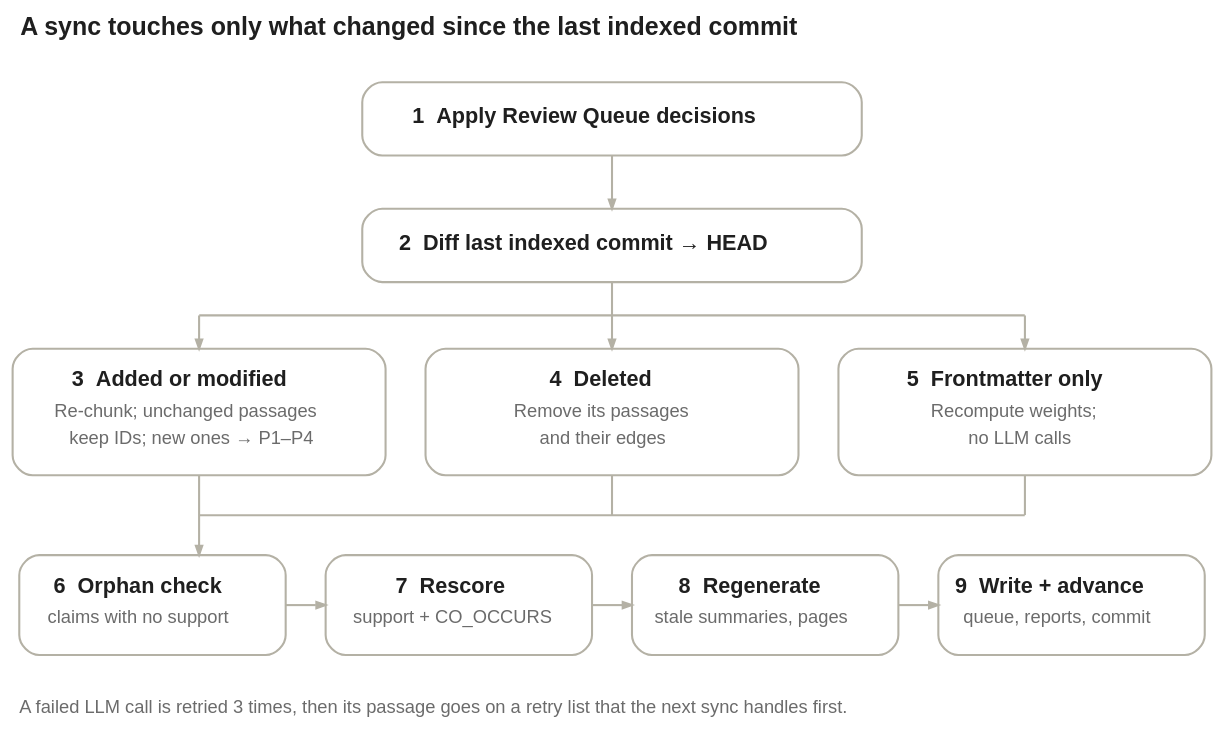
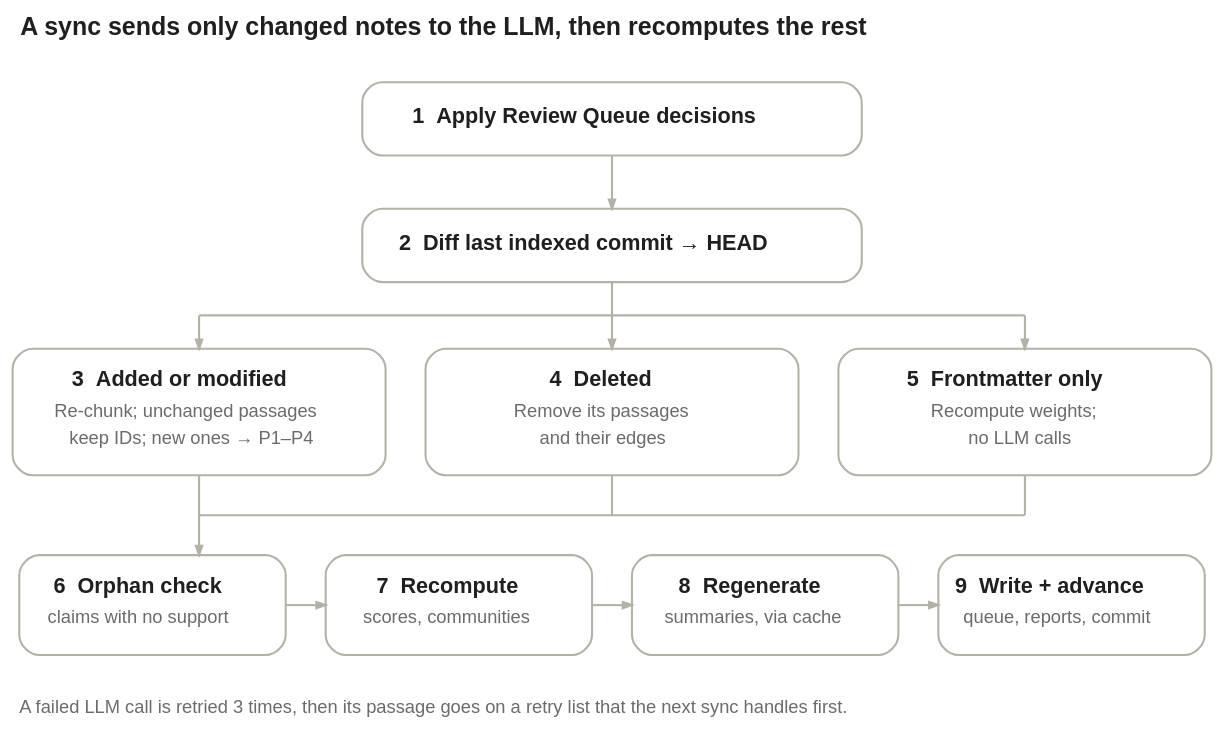
One commit to domnasrabadi/Knowledge-Vault changed the sixth of 8 diagrams in 50 Graph/01 GraphRAG - Design Spec.md. Above: the diagram before and after it, drawn with Graphviz. The commit also changed other lines of this file and 1 other file, not shown here.

````diff
--- a/50 Graph/01 GraphRAG - Design Spec.md
+++ b/50 Graph/01 GraphRAG - Design Spec.md
@@ -658,77 +658,77 @@
 ```dot
 digraph "sync-run" {
   layout=neato; inputscale=72; notranslate=true; overlap=true; splines=line;
   outputorder=nodesfirst; bgcolor=transparent; pad=0.1;
   node [fontname="Helvetica"]; edge [arrowhead=none];
-  t1 [shape=none margin=0 width=9.2639 height=0.3889 fixedsize=true label=<<TABLE BORDER="0" CELLPADDING="0" CELLSPACING="0"><TR><TD FIXEDSIZE="TRUE" WIDTH="663" HEIGHT="24" ALIGN="LEFT"><FONT FACE="Helvetica" POINT-SIZE="15" COLOR="#1f1f1f"><B>A sync touches only what changed since the last indexed commit</B></FONT></TD></TR></TABLE>> pos="355.5,426.9!"];
+  t1 [shape=none margin=0 width=9.2639 height=0.3889 fixedsize=true label=<<TABLE BORDER="0" CELLPADDING="0" CELLSPACING="0"><TR><TD FIXEDSIZE="TRUE" WIDTH="663" HEIGHT="24" ALIGN="LEFT"><FONT FACE="Helvetica" POINT-SIZE="15" COLOR="#1f1f1f"><B>A sync sends only changed notes to the LLM, then recomputes the rest</B></FONT></TD></TR></TABLE>> pos="355.5,426.9!"];
   b2 [shape=box style="rounded" fillcolor="white" color="#b4b1a5" penwidth=1.25 width=4.1667 height=0.6111 fixedsize=true label="" pos="380.0,374.0!"];
   b3 [shape=box style="rounded" fillcolor="white" color="#b4b1a5" penwidth=1.25 width=4.1667 height=0.6111 fixedsize=true label="" pos="380.0,298.0!"];
   b4 [shape=box style="rounded" fillcolor="white" color="#b4b1a5" penwidth=1.25 width=3.1111 height=1.0556 fixedsize=true label="" pos="132.0,198.0!"];
   b5 [shape=box style="rounded" fillcolor="white" color="#b4b1a5" penwidth=1.25 width=3.1111 height=1.0556 fixedsize=true label="" pos="380.0,198.0!"];
   b6 [shape=box style="rounded" fillcolor="white" color="#b4b1a5" penwidth=1.25 width=3.1111 height=1.0556 fixedsize=true label="" pos="628.0,198.0!"];
   b7 [shape=box style="rounded" fillcolor="white" color="#b4b1a5" penwidth=1.25 width=2.2222 height=0.8333 fixedsize=true label="" pos="104.0,82.0!"];
   b8 [shape=box style="rounded" fillcolor="white" color="#b4b1a5" penwidth=1.25 width=2.2222 height=0.8333 fixedsize=true label="" pos="288.0,82.0!"];
   b9 [shape=box style="rounded" fillcolor="white" color="#b4b1a5" penwidth=1.25 width=2.2222 height=0.8333 fixedsize=true label="" pos="472.0,82.0!"];
   b10 [shape=box style="rounded" fillcolor="white" color="#b4b1a5" penwidth=1.25 width=2.2222 height=0.8333 fixedsize=true label="" pos="656.0,82.0!"];
   p11 [shape=point width=0.001 height=0.001 style=invis pos="380.0,352.0!"];
   p12 [shape=point width=0.001 height=0.001 style=invis pos="380.0,320.0!"];
   p13 [shape=point width=0.001 height=0.001 style=invis pos="380.0,276.0!"];
   p14 [shape=point width=0.001 height=0.001 style=invis pos="380.0,256.0!"];
   p15 [shape=point width=0.001 height=0.001 style=invis pos="132.0,256.0!"];
   p16 [shape=point width=0.001 height=0.001 style=invis pos="628.0,256.0!"];
   p17 [shape=point width=0.001 height=0.001 style=invis pos="132.0,256.0!"];
   p18 [shape=point width=0.001 height=0.001 style=invis pos="132.0,236.0!"];
   p19 [shape=point width=0.001 height=0.001 style=invis pos="380.0,256.0!"];
   p20 [shape=point width=0.001 height=0.001 style=invis pos="380.0,236.0!"];
   p21 [shape=point width=0.001 height=0.001 style=invis pos="628.0,256.0!"];
   p22 [shape=point width=0.001 height=0.001 style=invis pos="628.0,236.0!"];
   p23 [shape=point width=0.001 height=0.001 style=invis pos="628.0,160.0!"];
   p24 [shape=point width=0.001 height=0.001 style=invis pos="628.0,136.0!"];
   p25 [shape=point width=0.001 height=0.001 style=invis pos="132.0,136.0!"];
   p26 [shape=point width=0.001 height=0.001 style=invis pos="380.0,160.0!"];
   p27 [shape=point width=0.001 height=0.001 style=invis pos="380.0,136.0!"];
   p28 [shape=point width=0.001 height=0.001 style=invis pos="132.0,160.0!"];
   p29 [shape=point width=0.001 height=0.001 style=invis pos="132.0,112.0!"];
   p30 [shape=point width=0.001 height=0.001 style=invis pos="184.0,82.0!"];
   p31 [shape=point width=0.001 height=0.001 style=invis pos="208.0,82.0!"];
   p32 [shape=point width=0.001 height=0.001 style=invis pos="368.0,82.0!"];
   p33 [shape=point width=0.001 height=0.001 style=invis pos="392.0,82.0!"];
   p34 [shape=point width=0.001 height=0.001 style=invis pos="552.0,82.0!"];
   p35 [shape=point width=0.001 height=0.001 style=invis pos="576.0,82.0!"];
   t36 [shape=none margin=0 width=4.1403 height=0.3444 fixedsize=true label=<<TABLE BORDER="0" CELLPADDING="0" CELLSPACING="0"><TR><TD FIXEDSIZE="TRUE" WIDTH="294" HEIGHT="21" ALIGN="CENTER"><FONT FACE="Helvetica" POINT-SIZE="13" COLOR="#1f1f1f"><B>1  Apply Review Queue decisions</B></FONT></TD></TR></TABLE>> pos="380.0,374.3!"];
   t37 [shape=none margin=0 width=4.5194 height=0.3444 fixedsize=true label=<<TABLE BORDER="0" CELLPADDING="0" CELLSPACING="0"><TR><TD FIXEDSIZE="TRUE" WIDTH="321" HEIGHT="21" ALIGN="CENTER"><FONT FACE="Helvetica" POINT-SIZE="13" COLOR="#1f1f1f"><B>2  Diff last indexed commit → HEAD</B></FONT></TD></TR></TABLE>> pos="380.0,298.3!"];
   t38 [shape=none margin=0 width=2.7500 height=0.3444 fixedsize=true label=<<TABLE BORDER="0" CELLPADDING="0" CELLSPACING="0"><TR><TD FIXEDSIZE="TRUE" WIDTH="194" HEIGHT="21" ALIGN="CENTER"><FONT FACE="Helvetica" POINT-SIZE="13" COLOR="#1f1f1f"><B>3  Added or modified</B></FONT></TD></TR></TABLE>> pos="132.0,216.3!"];
   t39 [shape=none margin=0 width=3.0844 height=0.3111 fixedsize=true label=<<TABLE BORDER="0" CELLPADDING="0" CELLSPACING="0"><TR><TD FIXEDSIZE="TRUE" WIDTH="218" HEIGHT="18" ALIGN="CENTER"><FONT FACE="Helvetica" POINT-SIZE="11.5" COLOR="#6b6b6b">Re-chunk; unchanged passages</FONT></TD></TR></TABLE>> pos="132.0,197.8!"];
   t40 [shape=none margin=0 width=2.8800 height=0.3111 fixedsize=true label=<<TABLE BORDER="0" CELLPADDING="0" CELLSPACING="0"><TR><TD FIXEDSIZE="TRUE" WIDTH="203" HEIGHT="18" ALIGN="CENTER"><FONT FACE="Helvetica" POINT-SIZE="11.5" COLOR="#6b6b6b">keep IDs; new ones → P1–P4</FONT></TD></TR></TABLE>> pos="132.0,181.8!"];
   t41 [shape=none margin=0 width=1.4861 height=0.3444 fixedsize=true label=<<TABLE BORDER="0" CELLPADDING="0" CELLSPACING="0"><TR><TD FIXEDSIZE="TRUE" WIDTH="103" HEIGHT="21" ALIGN="CENTER"><FONT FACE="Helvetica" POINT-SIZE="13" COLOR="#1f1f1f"><B>4  Deleted</B></FONT></TD></TR></TABLE>> pos="380.0,216.3!"];
   t42 [shape=none margin=0 width=2.1644 height=0.3111 fixedsize=true label=<<TABLE BORDER="0" CELLPADDING="0" CELLSPACING="0"><TR><TD FIXEDSIZE="TRUE" WIDTH="152" HEIGHT="18" ALIGN="CENTER"><FONT FACE="Helvetica" POINT-SIZE="11.5" COLOR="#6b6b6b">Remove its passages</FONT></TD></TR></TABLE>> pos="380.0,197.8!"];
   t43 [shape=none margin=0 width=1.7556 height=0.3111 fixedsize=true label=<<TABLE BORDER="0" CELLPADDING="0" CELLSPACING="0"><TR><TD FIXEDSIZE="TRUE" WIDTH="122" HEIGHT="18" ALIGN="CENTER"><FONT FACE="Helvetica" POINT-SIZE="11.5" COLOR="#6b6b6b">and their edges</FONT></TD></TR></TABLE>> pos="380.0,181.8!"];
   t44 [shape=none margin=0 width=2.6236 height=0.3444 fixedsize=true label=<<TABLE BORDER="0" CELLPADDING="0" CELLSPACING="0"><TR><TD FIXEDSIZE="TRUE" WIDTH="185" HEIGHT="21" ALIGN="CENTER"><FONT FACE="Helvetica" POINT-SIZE="13" COLOR="#1f1f1f"><B>5  Frontmatter only</B></FONT></TD></TR></TABLE>> pos="628.0,216.3!"];
   t45 [shape=none margin=0 width=2.0622 height=0.3111 fixedsize=true label=<<TABLE BORDER="0" CELLPADDING="0" CELLSPACING="0"><TR><TD FIXEDSIZE="TRUE" WIDTH="144" HEIGHT="18" ALIGN="CENTER"><FONT FACE="Helvetica" POINT-SIZE="11.5" COLOR="#6b6b6b">Recompute weights;</FONT></TD></TR></TABLE>> pos="628.0,197.8!"];
   t46 [shape=none margin=0 width=1.4489 height=0.3111 fixedsize=true label=<<TABLE BORDER="0" CELLPADDING="0" CELLSPACING="0"><TR><TD FIXEDSIZE="TRUE" WIDTH="100" HEIGHT="18" ALIGN="CENTER"><FONT FACE="Helvetica" POINT-SIZE="11.5" COLOR="#6b6b6b">no LLM calls</FONT></TD></TR></TABLE>> pos="628.0,181.8!"];
   t47 [shape=none margin=0 width=2.1181 height=0.3444 fixedsize=true label=<<TABLE BORDER="0" CELLPADDING="0" CELLSPACING="0"><TR><TD FIXEDSIZE="TRUE" WIDTH="148" HEIGHT="21" ALIGN="CENTER"><FONT FACE="Helvetica" POINT-SIZE="13" COLOR="#1f1f1f"><B>6  Orphan check</B></FONT></TD></TR></TABLE>> pos="104.0,92.3!"];
   t48 [shape=none margin=0 width=2.4711 height=0.3111 fixedsize=true label=<<TABLE BORDER="0" CELLPADDING="0" CELLSPACING="0"><TR><TD FIXEDSIZE="TRUE" WIDTH="174" HEIGHT="18" ALIGN="CENTER"><FONT FACE="Helvetica" POINT-SIZE="11.5" COLOR="#6b6b6b">claims with no support</FONT></TD></TR></TABLE>> pos="104.0,73.8!"];
-  t49 [shape=none margin=0 width=1.4861 height=0.3444 fixedsize=true label=<<TABLE BORDER="0" CELLPADDING="0" CELLSPACING="0"><TR><TD FIXEDSIZE="TRUE" WIDTH="103" HEIGHT="21" ALIGN="CENTER"><FONT FACE="Helvetica" POINT-SIZE="13" COLOR="#1f1f1f"><B>7  Rescore</B></FONT></TD></TR></TABLE>> pos="288.0,92.3!"];
-  t50 [shape=none margin=0 width=2.1644 height=0.3111 fixedsize=true label=<<TABLE BORDER="0" CELLPADDING="0" CELLSPACING="0"><TR><TD FIXEDSIZE="TRUE" WIDTH="152" HEIGHT="18" ALIGN="CENTER"><FONT FACE="Helvetica" POINT-SIZE="11.5" COLOR="#6b6b6b">support + CO_OCCURS</FONT></TD></TR></TABLE>> pos="288.0,73.8!"];
+  t49 [shape=none margin=0 width=1.4861 height=0.3444 fixedsize=true label=<<TABLE BORDER="0" CELLPADDING="0" CELLSPACING="0"><TR><TD FIXEDSIZE="TRUE" WIDTH="103" HEIGHT="21" ALIGN="CENTER"><FONT FACE="Helvetica" POINT-SIZE="13" COLOR="#1f1f1f"><B>7  Recompute</B></FONT></TD></TR></TABLE>> pos="288.0,92.3!"];
+  t50 [shape=none margin=0 width=2.1644 height=0.3111 fixedsize=true label=<<TABLE BORDER="0" CELLPADDING="0" CELLSPACING="0"><TR><TD FIXEDSIZE="TRUE" WIDTH="152" HEIGHT="18" ALIGN="CENTER"><FONT FACE="Helvetica" POINT-SIZE="11.5" COLOR="#6b6b6b">scores, communities</FONT></TD></TR></TABLE>> pos="288.0,73.8!"];
   t51 [shape=none margin=0 width=1.8653 height=0.3444 fixedsize=true label=<<TABLE BORDER="0" CELLPADDING="0" CELLSPACING="0"><TR><TD FIXEDSIZE="TRUE" WIDTH="130" HEIGHT="21" ALIGN="CENTER"><FONT FACE="Helvetica" POINT-SIZE="13" COLOR="#1f1f1f"><B>8  Regenerate</B></FONT></TD></TR></TABLE>> pos="472.0,92.3!"];
-  t52 [shape=none margin=0 width=2.4711 height=0.3111 fixedsize=true label=<<TABLE BORDER="0" CELLPADDING="0" CELLSPACING="0"><TR><TD FIXEDSIZE="TRUE" WIDTH="174" HEIGHT="18" ALIGN="CENTER"><FONT FACE="Helvetica" POINT-SIZE="11.5" COLOR="#6b6b6b">stale summaries, pages</FONT></TD></TR></TABLE>> pos="472.0,73.8!"];
+  t52 [shape=none margin=0 width=2.4711 height=0.3111 fixedsize=true label=<<TABLE BORDER="0" CELLPADDING="0" CELLSPACING="0"><TR><TD FIXEDSIZE="TRUE" WIDTH="174" HEIGHT="18" ALIGN="CENTER"><FONT FACE="Helvetica" POINT-SIZE="11.5" COLOR="#6b6b6b">summaries, via cache</FONT></TD></TR></TABLE>> pos="472.0,73.8!"];
   t53 [shape=none margin=0 width=2.4972 height=0.3444 fixedsize=true label=<<TABLE BORDER="0" CELLPADDING="0" CELLSPACING="0"><TR><TD FIXEDSIZE="TRUE" WIDTH="176" HEIGHT="21" ALIGN="CENTER"><FONT FACE="Helvetica" POINT-SIZE="13" COLOR="#1f1f1f"><B>9  Write + advance</B></FONT></TD></TR></TABLE>> pos="656.0,92.3!"];
   t54 [shape=none margin=0 width=2.4711 height=0.3111 fixedsize=true label=<<TABLE BORDER="0" CELLPADDING="0" CELLSPACING="0"><TR><TD FIXEDSIZE="TRUE" WIDTH="174" HEIGHT="18" ALIGN="CENTER"><FONT FACE="Helvetica" POINT-SIZE="11.5" COLOR="#6b6b6b">queue, reports, commit</FONT></TD></TR></TABLE>> pos="656.0,73.8!"];
   t55 [shape=none margin=0 width=10.2500 height=0.3111 fixedsize=true label=<<TABLE BORDER="0" CELLPADDING="0" CELLSPACING="0"><TR><TD FIXEDSIZE="TRUE" WIDTH="734" HEIGHT="18" ALIGN="LEFT"><FONT FACE="Helvetica" POINT-SIZE="11.5" COLOR="#6b6b6b">A failed LLM call is retried 3 times, then its passage goes on a retry list that the next sync handles first.</FONT></TD></TR></TABLE>> pos="391.0,19.8!"];
   p56 [shape=point width=0.001 height=0.001 style=invis pos="0.0,452.0!"];
   p57 [shape=point width=0.001 height=0.001 style=invis pos="760.0,0.0!"];
   p11 -> p12 [dir=forward arrowhead=normal arrowsize=0.55 color="#b4b1a5" penwidth=1.25];
   p13 -> p14 [dir=none color="#b4b1a5" penwidth=1.25];
   p15 -> p16 [dir=none color="#b4b1a5" penwidth=1.25];
   p17 -> p18 [dir=forward arrowhead=normal arrowsize=0.55 color="#b4b1a5" penwidth=1.25];
   p19 -> p20 [dir=forward arrowhead=normal arrowsize=0.55 color="#b4b1a5" penwidth=1.25];
   p21 -> p22 [dir=forward arrowhead=normal arrowsize=0.55 color="#b4b1a5" penwidth=1.25];
   p23 -> p24 [dir=none color="#b4b1a5" penwidth=1.25];
   p24 -> p25 [dir=none color="#b4b1a5" penwidth=1.25];
   p26 -> p27 [dir=none color="#b4b1a5" penwidth=1.25];
   p28 -> p29 [dir=forward arrowhead=normal arrowsize=0.55 color="#b4b1a5" penwidth=1.25];
   p30 -> p31 [dir=forward arrowhead=normal arrowsize=0.55 color="#b4b1a5" penwidth=1.25];
   p32 -> p33 [dir=forward arrowhead=normal arrowsize=0.55 color="#b4b1a5" penwidth=1.25];
   p34 -> p35 [dir=forward arrowhead=normal arrowsize=0.55 color="#b4b1a5" penwidth=1.25];
 }
 ```
````
